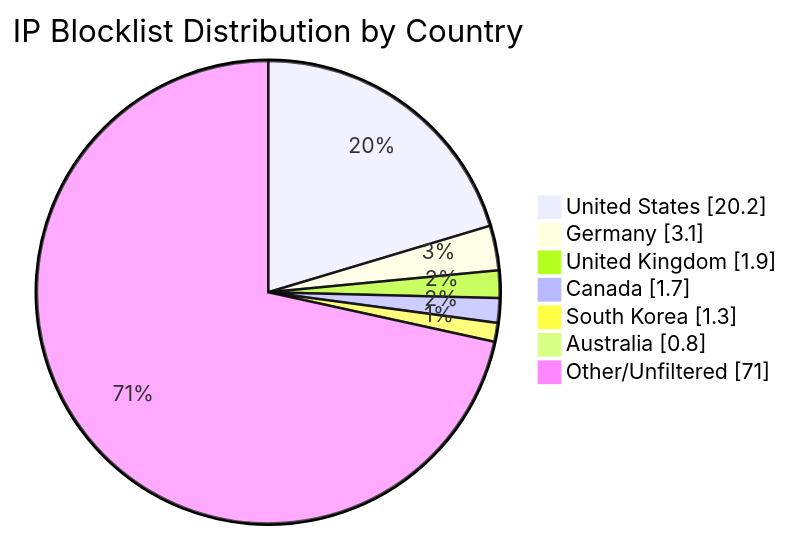
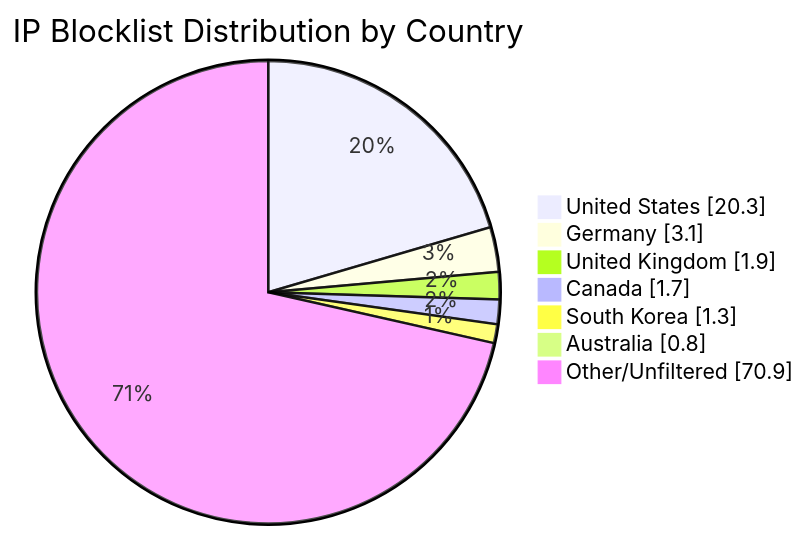
One commit to MarcusHoltz/ipblocklist-geofiltered-aggregator changed the diagram in README.md. Above: the diagram before and after it, drawn with Mermaid. The commit also changed other lines of this file and 9 other files, not shown here.

````diff
--- a/README.md
+++ b/README.md
@@ -34,10 +34,10 @@
 ```mermaid
 pie showData title IP Blocklist Distribution by Country
-"United States" : 20.2
+"United States" : 20.3
 "Germany" : 3.1
 "United Kingdom" : 1.9
 "Canada" : 1.7
 "South Korea" : 1.3
 "Australia" : 0.8
-"Other/Unfiltered" : 71.0
+"Other/Unfiltered" : 70.9
 ```
````
